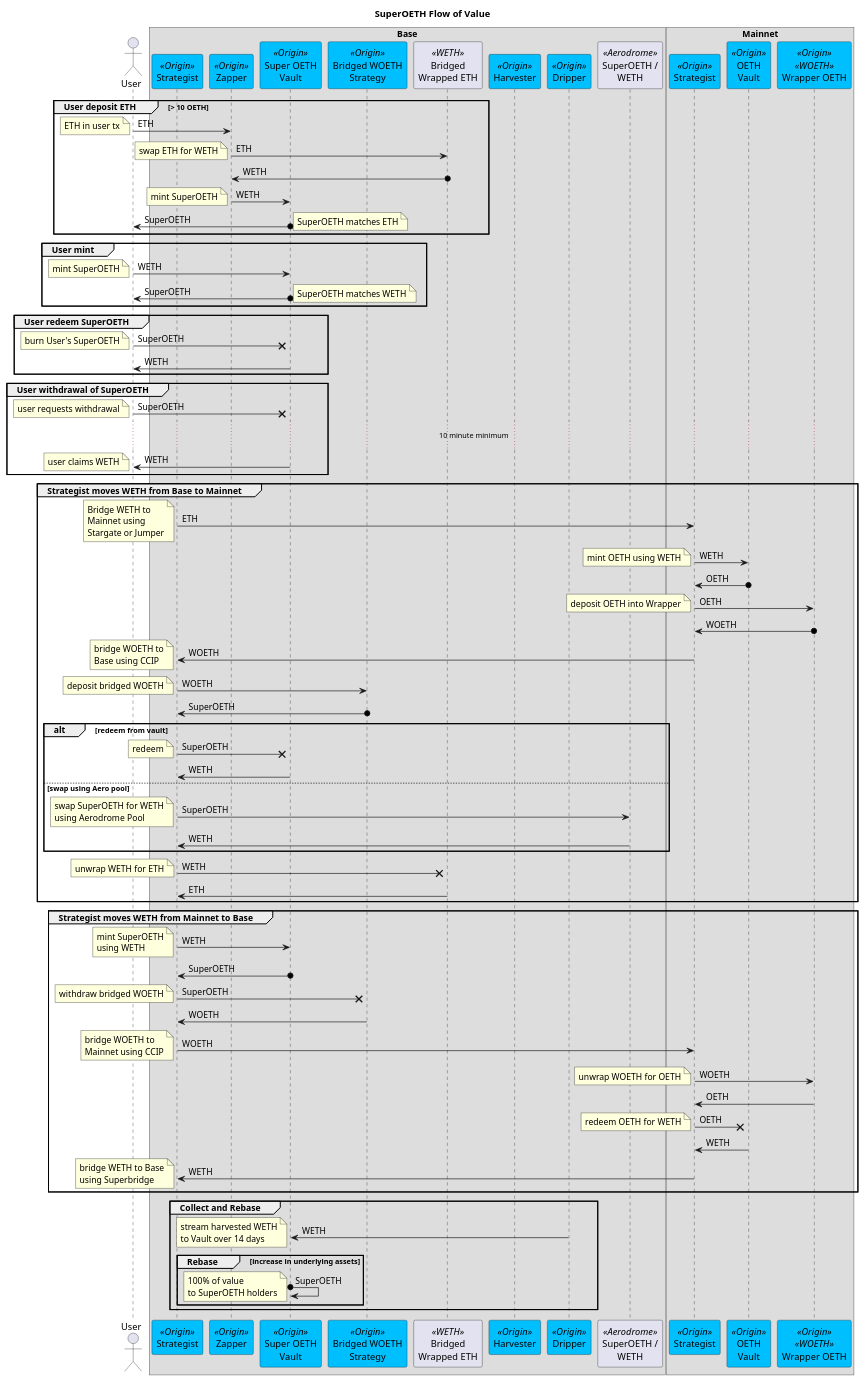
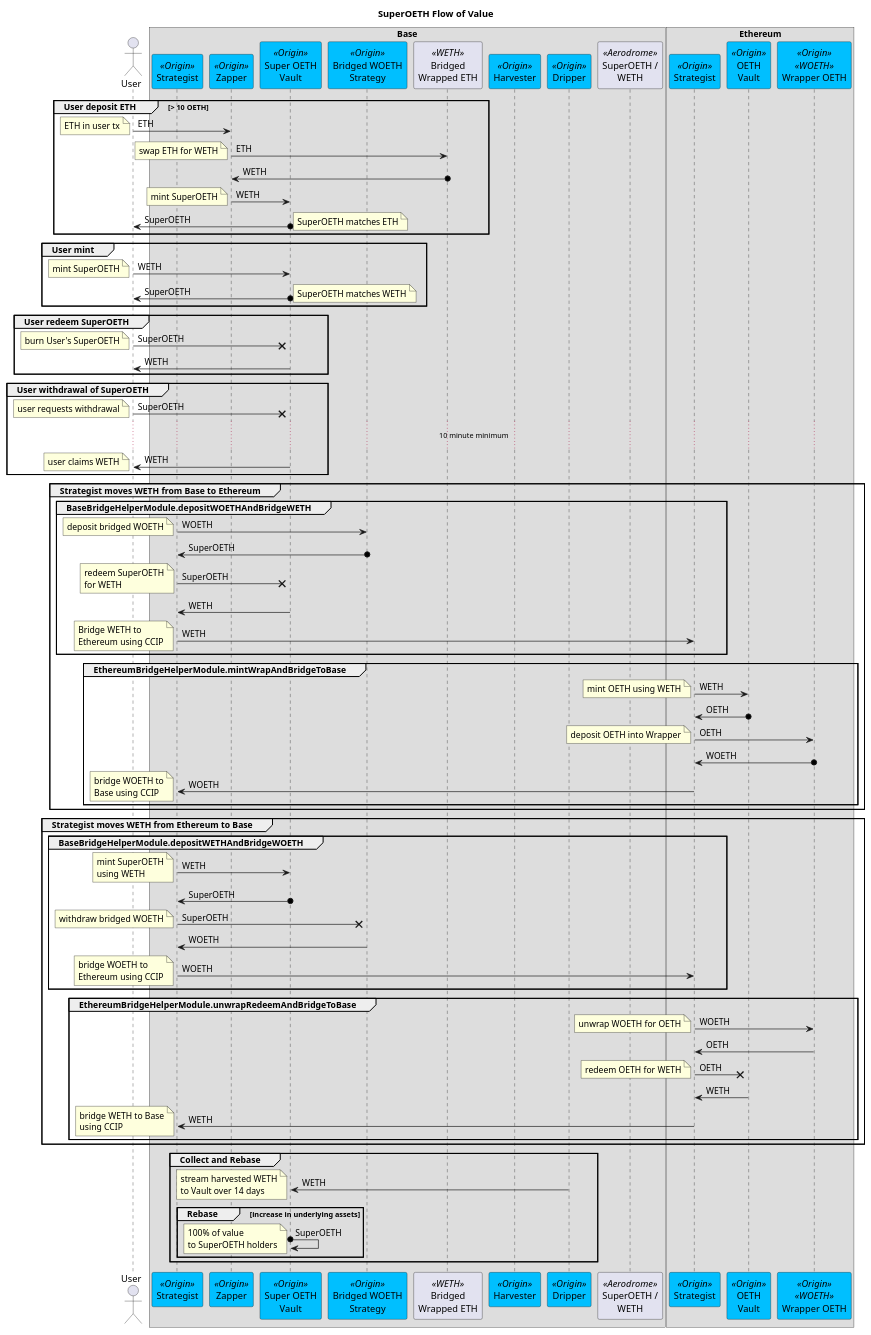
The diagram in contracts/docs/plantuml/oethBaseValueFlows.puml (OriginProtocol/origin-dollar), drawn with PlantUML before and after one commit. The commit also changed 1 other file, not shown here.

Commit message:
Updated bridging flow

```diff
--- a/contracts/docs/plantuml/oethBaseValueFlows.puml
+++ b/contracts/docs/plantuml/oethBaseValueFlows.puml
@@ -1,157 +1,163 @@
 @startuml
 
 title "SuperOETH Flow of Value"
 
 actor "User" as user
 
 box Base
 participant "Strategist" as strategist <<Origin>> #DeepSkyBlue
 participant "Zapper" as zap <<Origin>> #DeepSkyBlue
 participant "Super OETH\nVault" as vault <<Origin>> #DeepSkyBlue
 participant "Bridged WOETH\nStrategy" as woethStrat <<Origin>> #DeepSkyBlue
 
 participant "Bridged\nWrapped ETH" as weth <<WETH>>
 participant "Harvester" as harv <<Origin>> #DeepSkyBlue
 participant "Dripper" as drip <<Origin>> #DeepSkyBlue
 
 participant "SuperOETH /\nWETH" as aeroPool <<Aerodrome>>
 end box
 
-box Mainnet
+box Ethereum
 participant "Strategist" as mainStrategist <<Origin>> #DeepSkyBlue
 participant "OETH\nVault" as mainVault <<Origin>> #DeepSkyBlue
 participant "Wrapper OETH" as woeth <<Origin>><<WOETH>> #DeepSkyBlue
 end box
 
 ' Deposit ETH via Zapper
 group User deposit ETH [> 10 OETH]
 user -> zap : ETH
 note left : ETH in user tx
 
 zap -> weth : ETH
 note left : swap ETH for WETH
 weth o-> zap : WETH
 
 ' vault o-> strategist : SuperOETH
 ' note left : 20% performance\nfee from rebase
 
 zap -> vault : WETH
 note left : mint SuperOETH
 
 vault o-> user : SuperOETH
 note right : SuperOETH matches ETH
 end
 
 ' Mint
 group User mint
 ' vault o-> strategist : OETH
 ' note left : 20% performance\nfee from rebase
 
 user -> vault : WETH
 note left : mint SuperOETH
 vault o-> user : SuperOETH
 note right : SuperOETH matches WETH
 end
 
 ' Redeem
 group User redeem SuperOETH
 ' vault o-> strategist : SuperOETH
 ' note left : 20% performance\nfee from rebase
 
 user -x vault : SuperOETH
 note left : burn User's SuperOETH
 
 vault -> user : WETH
 ' note right : 0.1% fee applied to redeemed assets.\nThis adds to the yield in the next rebase.
 end
 
 ' Withdraw
 group User withdrawal of SuperOETH
 ' vault o-> strategist : SuperOETH
 ' note left : 20% performance\nfee from rebase
 
 user -x vault : SuperOETH
 note left : user requests withdrawal
 
 ... 10 minute minimum ...
 
 vault -> user : WETH
 note left : user claims WETH
 end
 
 
-group Strategist moves WETH from Base to Mainnet
+group Strategist moves WETH from Base to Ethereum
 
-strategist -> mainStrategist : ETH
-note left : Bridge WETH to\nMainnet using\nStargate or Jumper
+group BaseBridgeHelperModule.depositWOETHAndBridgeWETH
+strategist -> woethStrat : WOETH
+note left : deposit bridged WOETH
+woethStrat o-> strategist : SuperOETH
 
+
+' alt redeem from vault
+strategist ->x vault : SuperOETH
+note left : redeem SuperOETH\nfor WETH
+vault -> strategist : WETH
+' else swap using Aero pool
+' strategist -> aeroPool : SuperOETH
+' note left : swap SuperOETH for WETH\nusing Aerodrome Pool
+' aeroPool -> strategist : WETH
+' end
+
+strategist -> mainStrategist : WETH
+note left : Bridge WETH to\nEthereum using CCIP
+end group
+
+group EthereumBridgeHelperModule.mintWrapAndBridgeToBase
 mainStrategist -> mainVault : WETH
 note left : mint OETH using WETH
 mainVault o-> mainStrategist : OETH
 
 mainStrategist -> woeth : OETH
 note left : deposit OETH into Wrapper
 woeth o-> mainStrategist : WOETH
 
 mainStrategist -> strategist : WOETH
 note left : bridge WOETH to\nBase using CCIP
+end group
 
-strategist -> woethStrat : WOETH
-note left : deposit bridged WOETH
-woethStrat o-> strategist : SuperOETH
-
-alt redeem from vault
-strategist ->x vault : SuperOETH
-note left : redeem
-vault -> strategist : WETH
-else swap using Aero pool
-strategist -> aeroPool : SuperOETH
-note left : swap SuperOETH for WETH\nusing Aerodrome Pool
-aeroPool -> strategist : WETH
-end
-
-strategist ->x weth : WETH
-note left : unwrap WETH for ETH
-weth -> strategist : ETH
 end
 
 
-group Strategist moves WETH from Mainnet to Base
+group Strategist moves WETH from Ethereum to Base
 
+group BaseBridgeHelperModule.depositWETHAndBridgeWOETH
 strategist -> vault : WETH
 note left : mint SuperOETH\nusing WETH
 vault o-> strategist : SuperOETH
 
 strategist ->x woethStrat : SuperOETH
 note left : withdraw bridged WOETH
 woethStrat -> strategist : WOETH
 
 strategist -> mainStrategist : WOETH
-note left : bridge WOETH to\nMainnet using CCIP
+note left : bridge WOETH to\nEthereum using CCIP
+end group
 
+group EthereumBridgeHelperModule.unwrapRedeemAndBridgeToBase
 mainStrategist -> woeth : WOETH
 note left : unwrap WOETH for OETH
 woeth -> mainStrategist : OETH
 
 mainStrategist ->x mainVault : OETH
 note left : redeem OETH for WETH
 mainVault -> mainStrategist : WETH
 
 mainStrategist -> strategist : WETH
-note left : bridge WETH to Base\nusing Superbridge
+note left : bridge WETH to Base\nusing CCIP
+end group
 
 end
 
 ' Collect and Rebase
 group Collect and Rebase
 
 drip -> vault : WETH
 note left : stream harvested WETH\nto Vault over 14 days
 
 group Rebase [increase in underlying assets]
 vault o-> vault : SuperOETH
 note left : 100% of value\nto SuperOETH holders
 end 
 end
 
 @enduml
```
